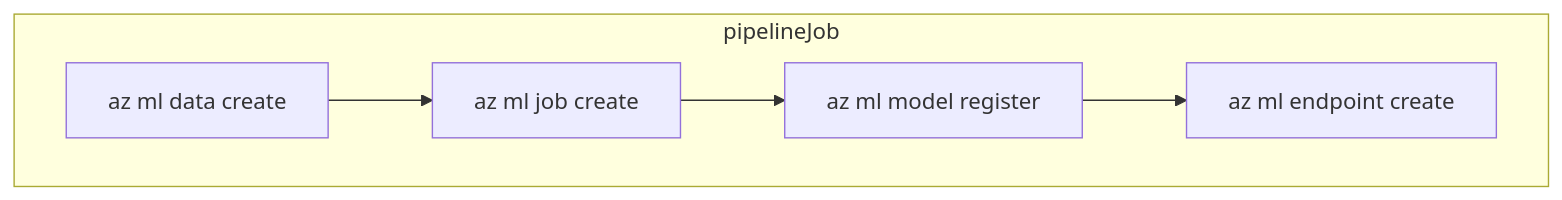
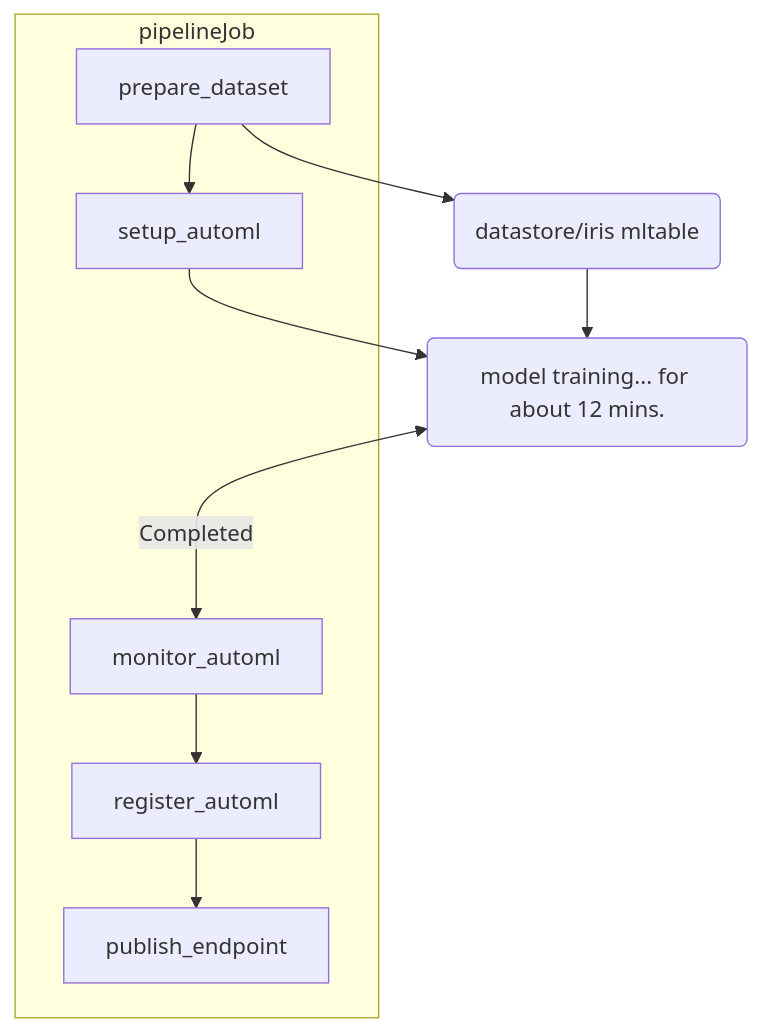
The second of 2 diagrams in README.md (CynicDog/Azure-ML-automation-research), drawn with Mermaid before and after one commit. The commit also changed other lines of this file and 5 other files, not shown here.

Commit message:
Feat: added implementation of monitoring the automl training status / registering the best model to Azure Machine Learning workspace

````diff
--- a/README.md
+++ b/README.md
@@ -37,13 +37,21 @@
 ```mermaid
 flowchart TD
     subgraph pipelineJob
-        A[az ml data create]
-        B[az ml job create]
-        C[az ml model register]
-        D[az ml endpoint create]
+        A[prepare_dataset]
+        B[setup_automl]
+        C[monitor_automl]
+        D[register_automl] 
+        E[publish_endpoint]
     end 
 
+    F(datastore/iris mltable)
+    G(model training... for about 12 mins.) 
+    
     A --> B 
-    B --> C 
-    C --> D
+    C --> D 
+    D --> E 
+    A --> F 
+    B --> G     
+    G <--Completed---> C
+    F --> G
 ```
````
